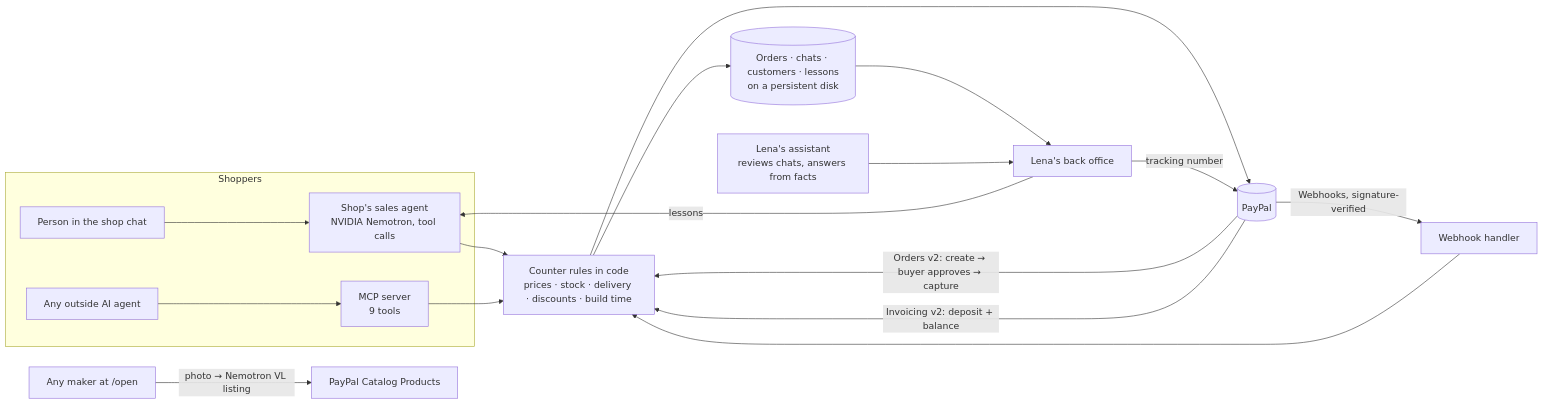
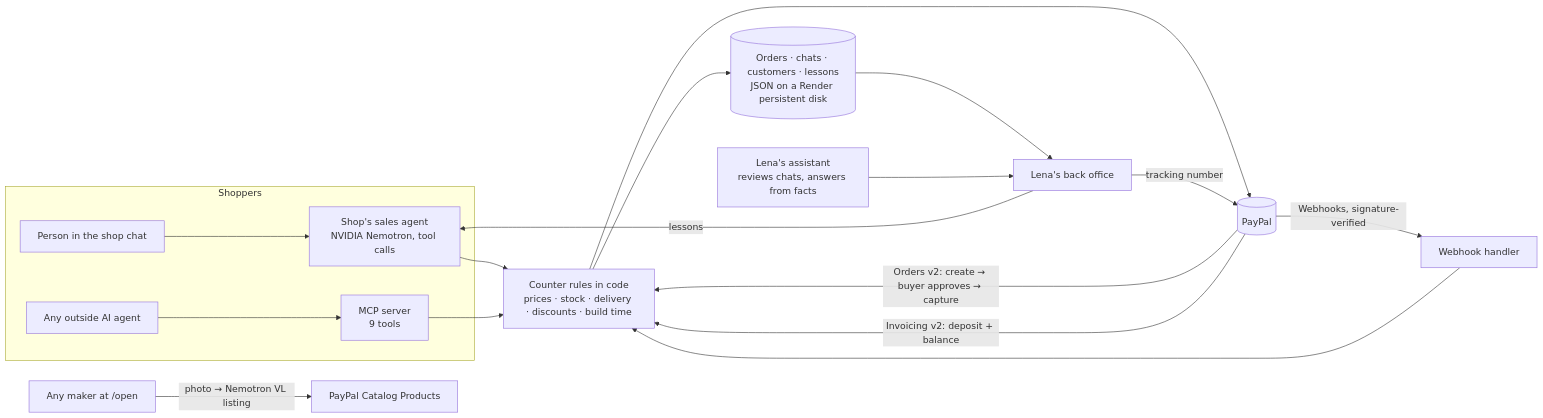
Before and after one commit to chainwright/open-counter: the diagram in README.md, drawn with Mermaid. The commit also changed other lines of this file and 6 other files, not shown here.

````diff
--- a/README.md
+++ b/README.md
@@ -48,20 +50,20 @@
 ```mermaid
 flowchart LR
   subgraph Shoppers
     H[Person in the shop chat] --> SA[Shop's sales agent<br/>NVIDIA Nemotron, tool calls]
     X[Any outside AI agent] --> MCP[MCP server<br/>9 tools]
   end
   SA --> C[Counter rules in code<br/>prices · stock · delivery · discounts · build time]
   MCP --> C
   C --> PP[(PayPal)]
   PP -->|Orders v2: create → buyer approves → capture| C
   PP -->|Invoicing v2: deposit + balance| C
   PP -->|Webhooks, signature-verified| W[Webhook handler]
   W --> C
-  C --> D[(Orders · chats · customers · lessons<br/>on a persistent disk)]
+  C --> D[(Orders · chats · customers · lessons<br/>JSON on a Render persistent disk)]
   D --> BO[Lena's back office]
   BO -->|lessons| SA
   AS[Lena's assistant<br/>reviews chats, answers from facts] --> BO
   BO -->|tracking number| PP
   M[Any maker at /open] -->|photo → Nemotron VL listing| CAT[PayPal Catalog Products]
 ```
````
